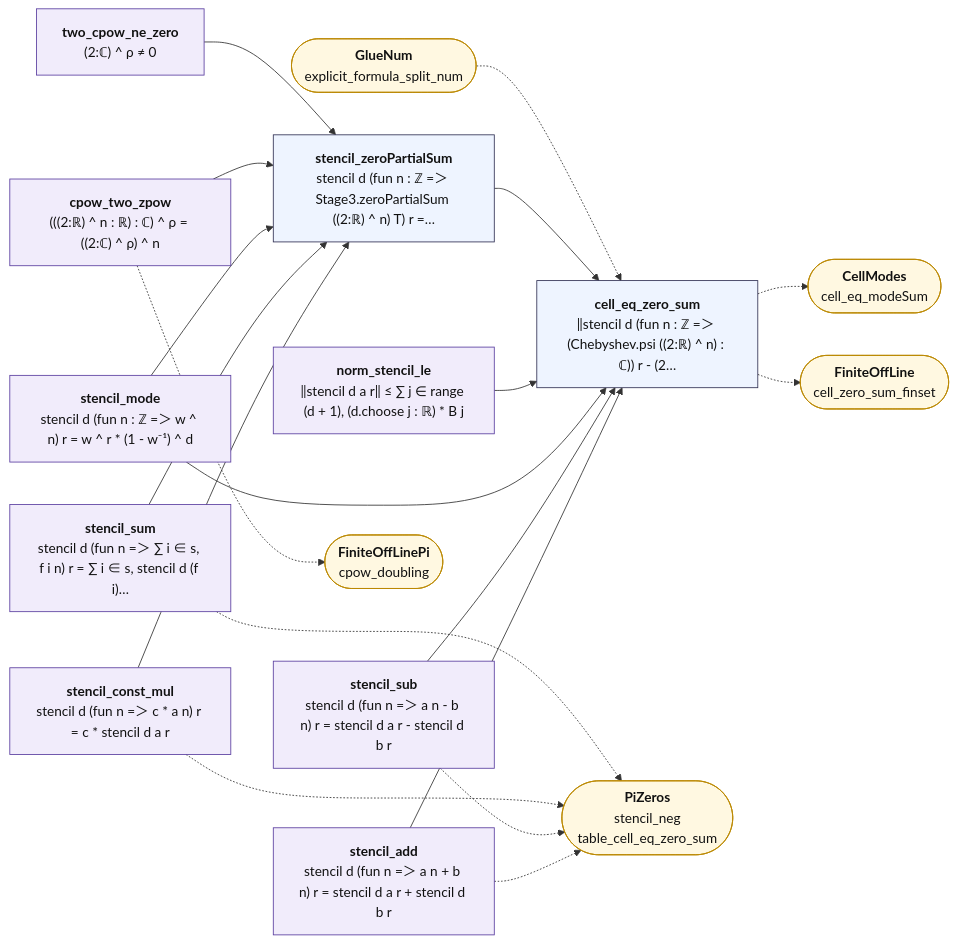
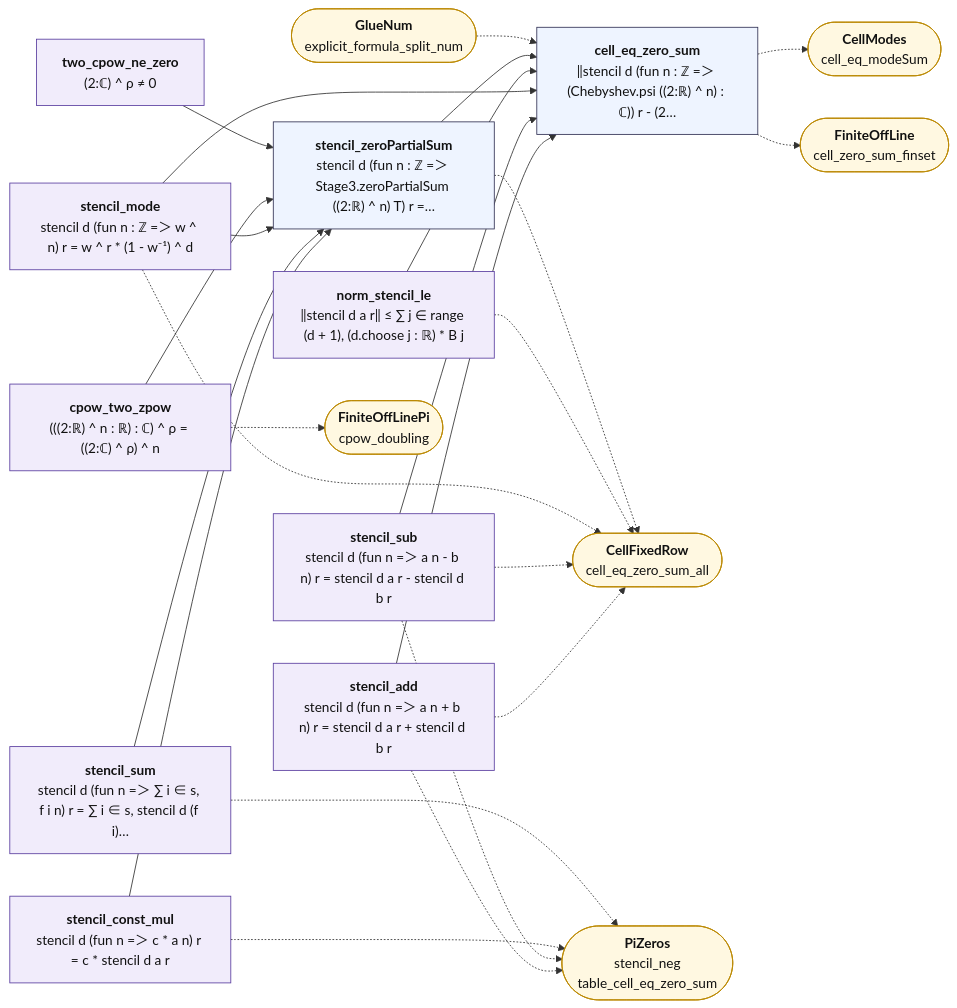
The diagram in map/lean_stage3/CellZeros.mmd (juliansambranojr/Primebeat_081426), drawn with Mermaid before and after one commit. The commit also changed 35 other files, not shown here.

```diff
--- a/map/lean_stage3/CellZeros.mmd
+++ b/map/lean_stage3/CellZeros.mmd
@@ -1,42 +1,48 @@
 flowchart LR
   n0["<b>stencil_add</b><br/>stencil d (fun n =＞ a n + b n) r = stencil d a r + stencil d b r"]:::shp
   n1["<b>stencil_sub</b><br/>stencil d (fun n =＞ a n - b n) r = stencil d a r - stencil d b r"]:::shp
   n2["<b>stencil_const_mul</b><br/>stencil d (fun n =＞ c * a n) r = c * stencil d a r"]:::shp
   n3["<b>stencil_sum</b><br/>stencil d (fun n =＞ ∑ i ∈ s, f i n) r = ∑ i ∈ s, stencil d (f i)…"]:::shp
   n4["<b>stencil_mode</b><br/>stencil d (fun n : ℤ =＞ w ^ n) r = w ^ r * (1 - w⁻¹) ^ d"]:::shp
   n5["<b>norm_stencil_le</b><br/>‖stencil d a r‖ ≤ ∑ j ∈ range (d + 1), (d.choose j : ℝ) * B j"]:::shp
   n6["<b>cpow_two_zpow</b><br/>(((2:ℝ) ^ n : ℝ) : ℂ) ^ ρ = ((2:ℂ) ^ ρ) ^ n"]:::shp
   n7["<b>two_cpow_ne_zero</b><br/>(2:ℂ) ^ ρ ≠ 0"]:::shp
   n8["<b>stencil_zeroPartialSum</b><br/>stencil d (fun n : ℤ =＞ Stage3.zeroPartialSum ((2:ℝ) ^ n) T) r =…"]:::thm
   n9["<b>cell_eq_zero_sum</b><br/>‖stencil d (fun n : ℤ =＞ (Chebyshev.psi ((2:ℝ) ^ n) : ℂ)) r - (2…"]:::thm
-  x0(["<b>PiZeros</b><br/>stencil_neg<br/>table_cell_eq_zero_sum"]):::ext
-  x1(["<b>FiniteOffLinePi</b><br/>cpow_doubling"]):::ext
-  x2(["<b>GlueNum</b><br/>explicit_formula_split_num"]):::ext
-  x3(["<b>CellModes</b><br/>cell_eq_modeSum"]):::ext
-  x4(["<b>FiniteOffLine</b><br/>cell_zero_sum_finset"]):::ext
+  x0(["<b>CellFixedRow</b><br/>cell_eq_zero_sum_all"]):::ext
+  x1(["<b>PiZeros</b><br/>stencil_neg<br/>table_cell_eq_zero_sum"]):::ext
+  x2(["<b>FiniteOffLinePi</b><br/>cpow_doubling"]):::ext
+  x3(["<b>GlueNum</b><br/>explicit_formula_split_num"]):::ext
+  x4(["<b>CellModes</b><br/>cell_eq_modeSum"]):::ext
+  x5(["<b>FiniteOffLine</b><br/>cell_zero_sum_finset"]):::ext
   n0 --> n9
   n1 --> n9
   n2 --> n8
   n3 --> n8
   n4 --> n8
   n4 --> n9
   n5 --> n9
   n6 --> n8
   n7 --> n8
   n8 --> n9
   n0 -.-> x0
+  n0 -.-> x1
   n1 -.-> x0
-  n2 -.-> x0
-  n3 -.-> x0
-  n6 -.-> x1
-  n9 -.-> x3
+  n1 -.-> x1
+  n2 -.-> x1
+  n3 -.-> x1
+  n4 -.-> x0
+  n5 -.-> x0
+  n6 -.-> x2
+  n8 -.-> x0
   n9 -.-> x4
-  x2 -.-> n9
+  n9 -.-> x5
+  x3 -.-> n9
   classDef cnt fill:#dff5ec,stroke:#17694a,color:#111
   classDef shp fill:#f1ecfb,stroke:#5b3fa0,color:#111
   classDef rh fill:#ffe5e5,stroke:#c22,color:#111,stroke-width:2px
   classDef thm fill:#eef4ff,stroke:#335,color:#111
   classDef end_ fill:#e7f7e7,stroke:#2a7,color:#111,stroke-width:2px
   classDef lone fill:#fff,stroke:#999,color:#111,stroke-dasharray:4 3
   classDef bad fill:#ffe5e5,stroke:#c22,color:#111,stroke-width:2px
   classDef ext fill:#fff8e1,stroke:#b80,color:#111
```
